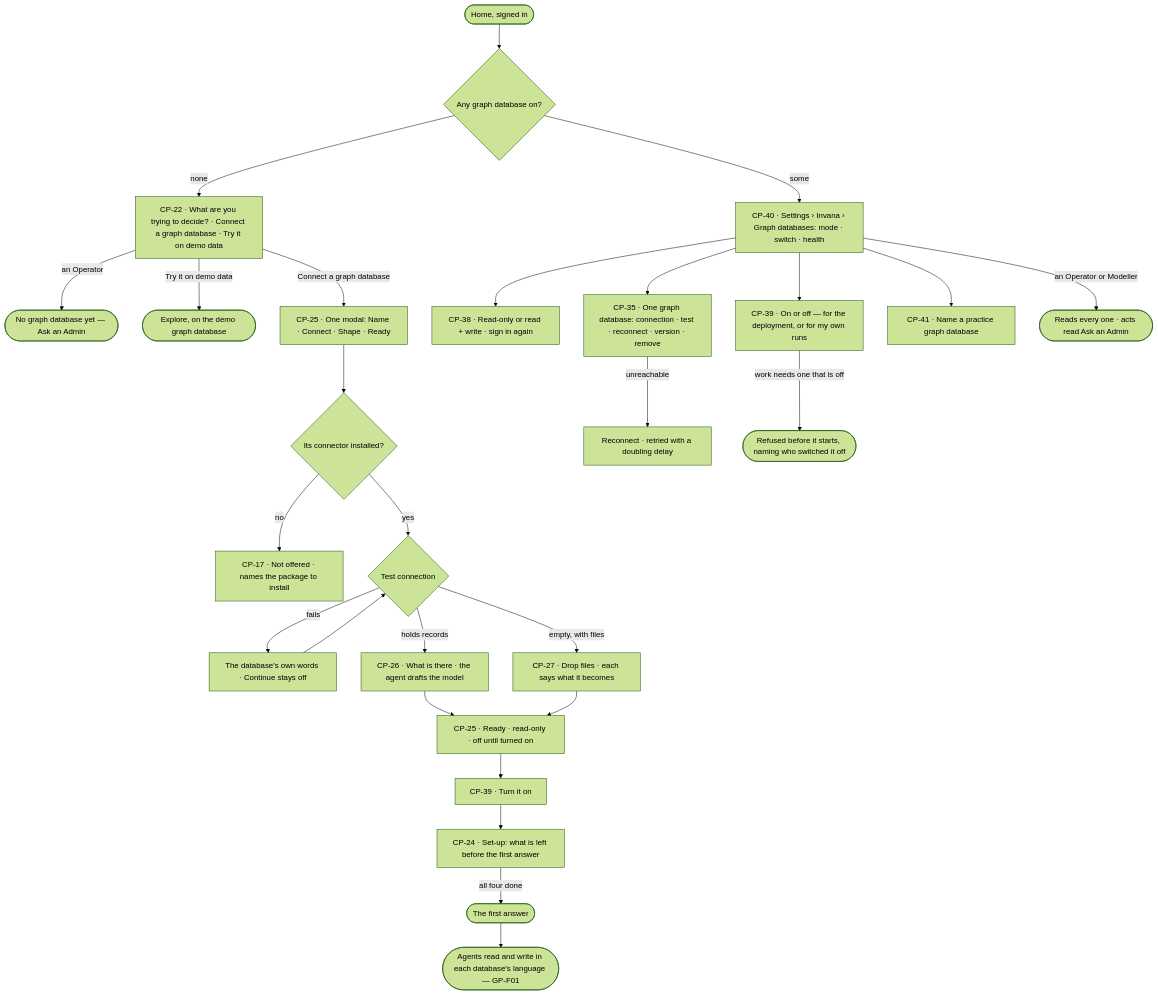
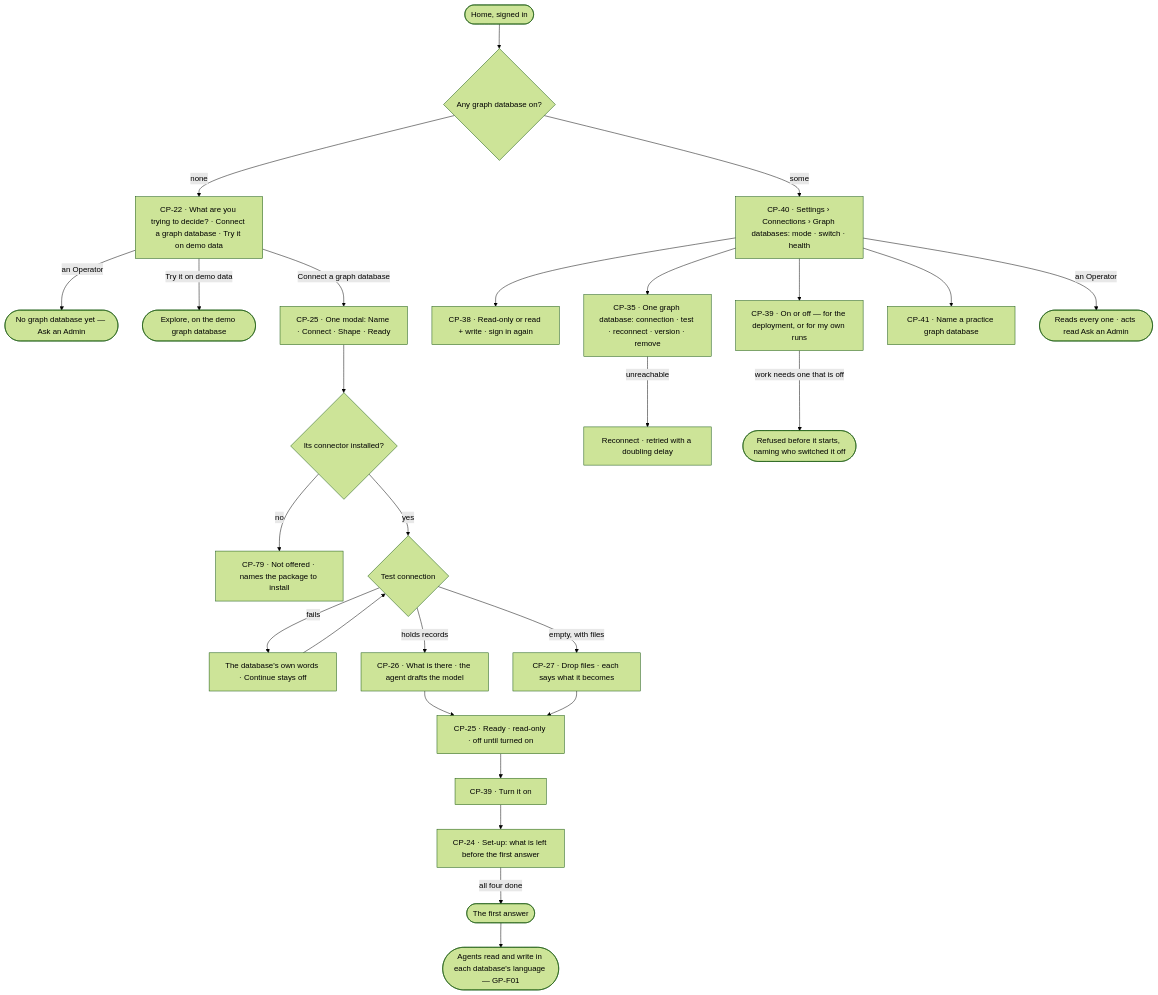
Before and after one commit to invana/invana: the first of 2 diagrams in specs/os/control/features/CP-F05-graph-databases/feature.md, drawn with Mermaid (forest theme). The commit also changed other lines of this file and 456 other files, not shown here.

````diff
--- a/specs/os/control/features/CP-F05-graph-databases/feature.md
+++ b/specs/os/control/features/CP-F05-graph-databases/feature.md
@@ -26,28 +26,28 @@
 ```mermaid
 flowchart TD
   h([Home, signed in]) --> f{"Any graph database on?"}
   f -->|none| q["CP-22 · What are you trying to decide? · Connect a graph database · Try it on demo data"]
   q -->|an Operator| qa(["No graph database yet — Ask an Admin"])
   q -->|Try it on demo data| dm(["Explore, on the demo graph database"])
   q -->|Connect a graph database| c["CP-25 · One modal: Name · Connect · Shape · Ready"]
   c --> pk{"Its connector installed?"}
-  pk -->|no| pkn["CP-17 · Not offered · names the package to install"]
+  pk -->|no| pkn["CP-79 · Not offered · names the package to install"]
   pk -->|yes| t{"Test connection"}
   t -->|fails| tf["The database's own words · Continue stays off"] --> t
   t -->|holds records| hd["CP-26 · What is there · the agent drafts the model"]
   t -->|empty, with files| fl["CP-27 · Drop files · each says what it becomes"]
   hd --> rd["CP-25 · Ready · read-only · off until turned on"]
   fl --> rd
   rd --> on["CP-39 · Turn it on"]
   on --> su["CP-24 · Set-up: what is left before the first answer"]
   su -->|all four done| ans(["The first answer"])
-  f -->|some| ls["CP-40 · Settings › Invana › Graph databases: mode · switch · health"]
+  f -->|some| ls["CP-40 · Settings › Connections › Graph databases: mode · switch · health"]
   ls --> md["CP-38 · Read-only or read + write · sign in again"]
   ls --> sw["CP-39 · On or off — for the deployment, or for my own runs"]
   ls --> one["CP-35 · One graph database: connection · test · reconnect · version · remove"]
   one -->|unreachable| rc["Reconnect · retried with a doubling delay"]
   ls --> pr["CP-41 · Name a practice graph database"]
-  ls -->|an Operator or Modeller| ro(["Reads every one · acts read Ask an Admin"])
+  ls -->|an Operator| ro(["Reads every one · acts read Ask an Admin"])
   sw -->|work needs one that is off| off(["Refused before it starts, naming who switched it off"])
   ans --> rw(["Agents read and write in each database's language — GP-F01"])
 ```
````
